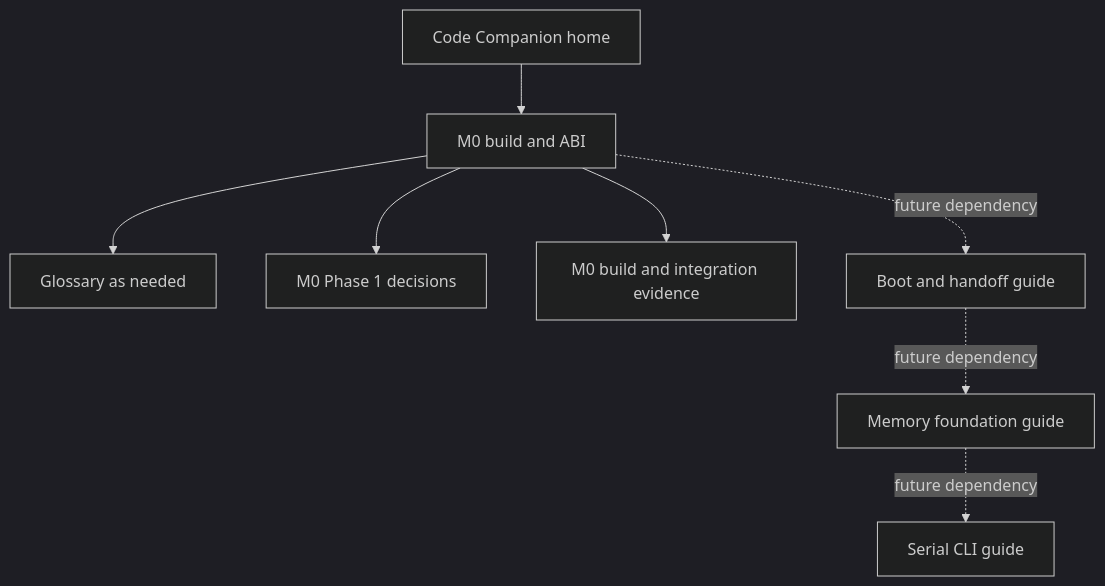
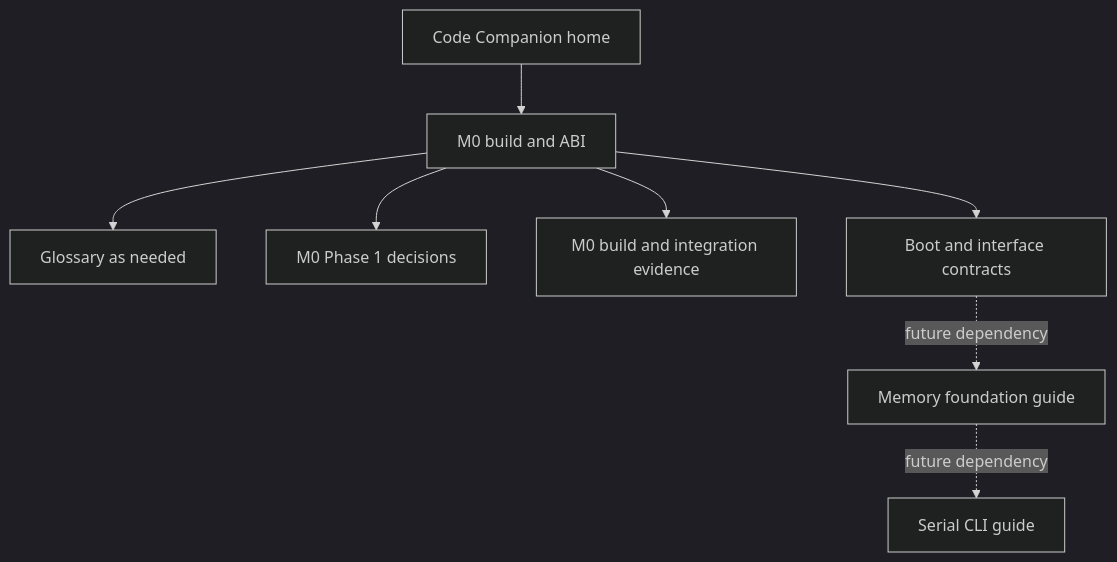
Before and after one commit to pcharbon70/kay-os: the diagram in docs/code-guide/index.md, drawn with Mermaid (dark theme). The commit also changed other lines of this file and 24 other files, not shown here.

````diff
--- a/docs/code-guide/index.md
+++ b/docs/code-guide/index.md
@@ -25,10 +25,10 @@
 ```mermaid
 flowchart TD
     Home[Code Companion home] --> ABI[M0 build and ABI]
     ABI --> Glossary[Glossary as needed]
     ABI --> Decisions[M0 Phase 1 decisions]
     ABI --> Evidence[M0 build and integration evidence]
-    ABI -. future dependency .-> Boot[Boot and handoff guide]
+    ABI --> Boot[Boot and interface contracts]
     Boot -. future dependency .-> Memory[Memory foundation guide]
     Memory -. future dependency .-> CLI[Serial CLI guide]
 ```
````
